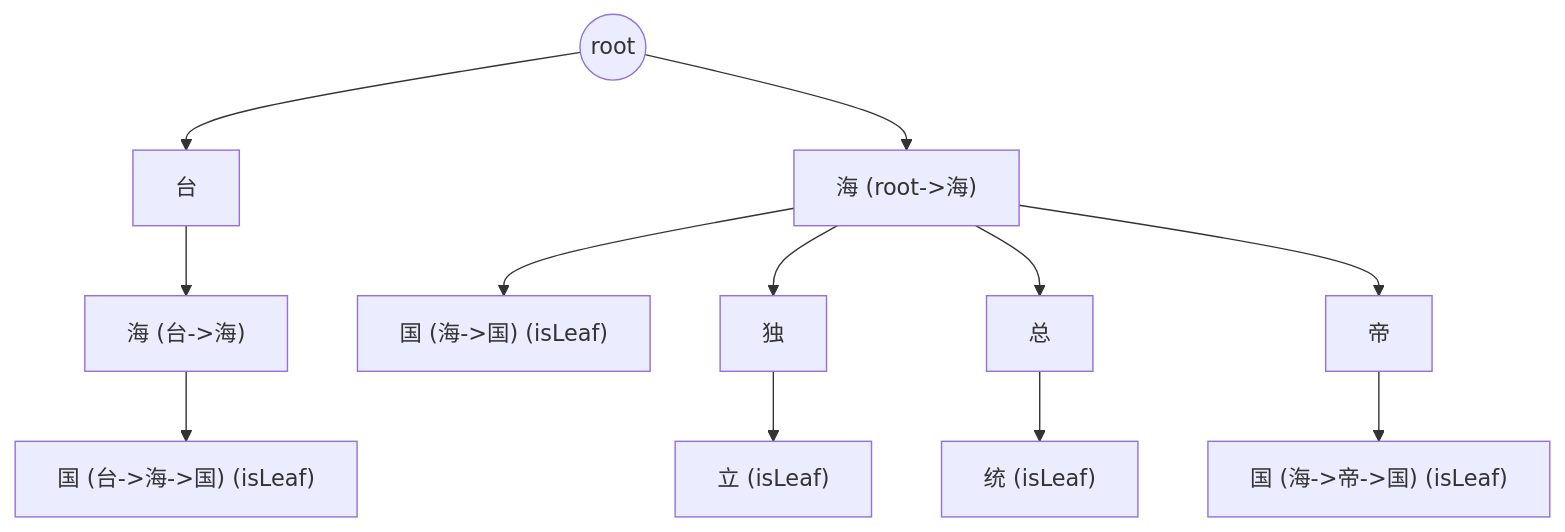
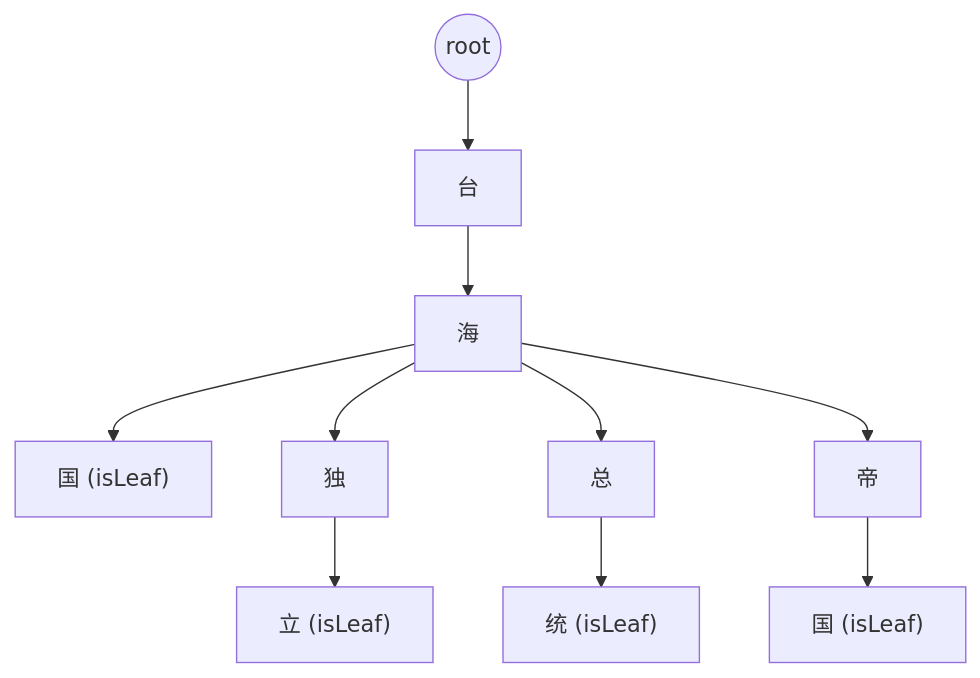
The second of 2 diagrams in docs/dfa.md (zmexing/go-sensitive-word), drawn with Mermaid before and after one commit. The commit also changed other lines of this file, not shown here.

````diff
--- a/docs/dfa.md
+++ b/docs/dfa.md
@@ -38,17 +38,14 @@
 ```mermaid
 graph TD
     Root((root))
     Root --> 台["台"]
-    Root --> 海Root["海 (root->海)"]
+    台 --> 海["海"]
 
-    台 --> 台海["海 (台->海)"]
-    台海 --> 台海国["国 (台->海->国) (isLeaf)"]
-
-    海Root --> 海国["国 (海->国) (isLeaf)"]
-    海Root --> 海独["独"]
-    海独 --> 海独立["立 (isLeaf)"]
-    海Root --> 海总["总"]
-    海总 --> 海总统["统 (isLeaf)"]
-    海Root --> 海帝["帝"]
-    海帝 --> 海帝国["国 (海->帝->国) (isLeaf)"]
+    海 --> 海国["国 (isLeaf)"]       
+    海 --> 海独["独"]                        
+    海独 --> 海独立["立 (isLeaf)"]         
+    海 --> 海总["总"]                        
+    海总 --> 海总统["统 (isLeaf)"]         
+    海 --> 海帝["帝"]                        
+    海帝 --> 海帝国["国 (isLeaf)"]         
 ```
````
